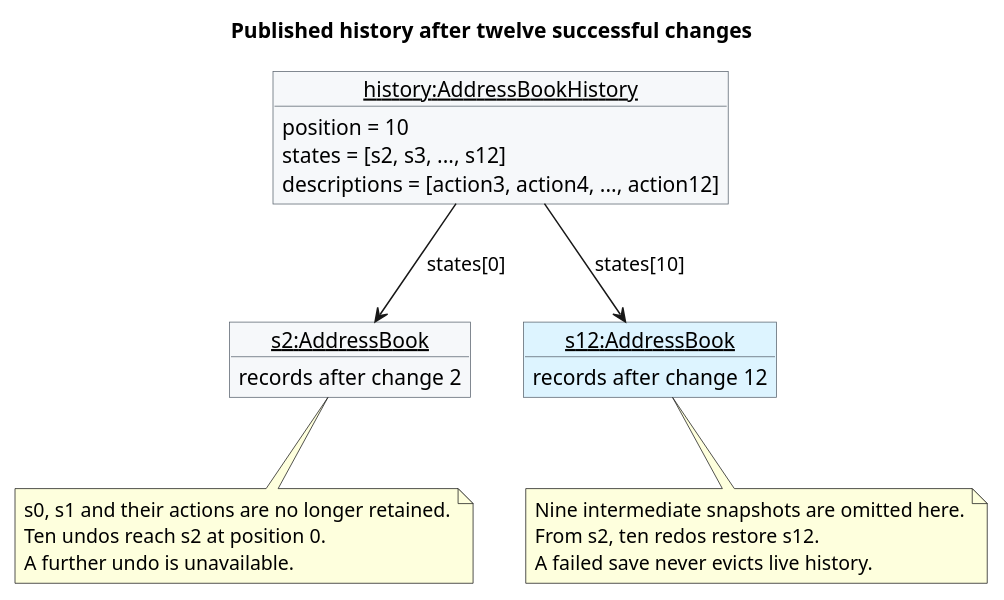
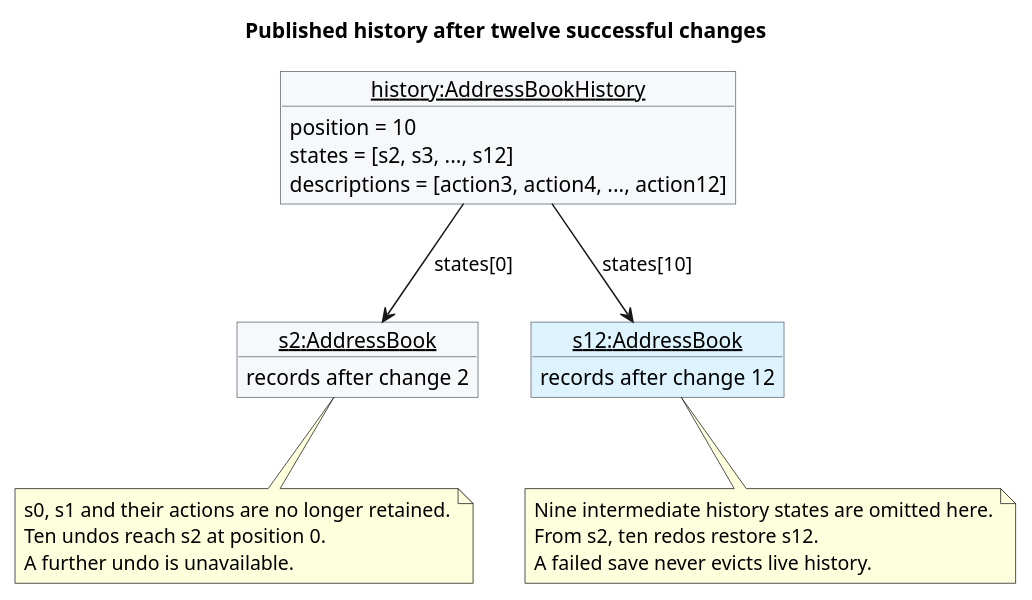
One commit to AY2627S1-CS2103T-F15-2/tp changed the diagram in diagrams/UndoRedoLimit.puml. Above: the diagram before and after it, drawn with PlantUML. The commit also changed 107 other files, not shown here.

```diff
--- a/diagrams/UndoRedoLimit.puml
+++ b/diagrams/UndoRedoLimit.puml
@@ -1,33 +1,33 @@
 @startuml
 skinparam shadowing false
 skinparam defaultFontName Arial
 skinparam objectAttributeIconSize 0
 skinparam objectBackgroundColor #F6F8FA
 skinparam objectBorderColor #59636E
 
 title Published history after twelve successful changes
 object "<u>history:AddressBookHistory</u>" as history {
   position = 10
   states = [s2, s3, ..., s12]
   descriptions = [action3, action4, ..., action12]
 }
 object "<u>s2:AddressBook</u>" as oldest {
   records after change 2
 }
 object "<u>s12:AddressBook</u>" as latest #DDF4FF {
   records after change 12
 }
 history --> oldest : states[0]
 history --> latest : states[10]
 oldest -[hidden]right-> latest
 note bottom of oldest
   s0, s1 and their actions are no longer retained.
   Ten undos reach s2 at position 0.
   A further undo is unavailable.
 end note
 note bottom of latest
-  Nine intermediate snapshots are omitted here.
+  Nine intermediate history states are omitted here.
   From s2, ten redos restore s12.
   A failed save never evicts live history.
 end note
 @enduml
```
